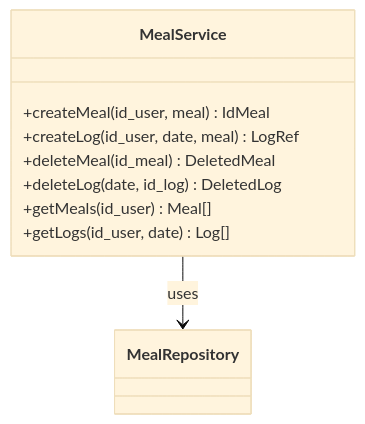
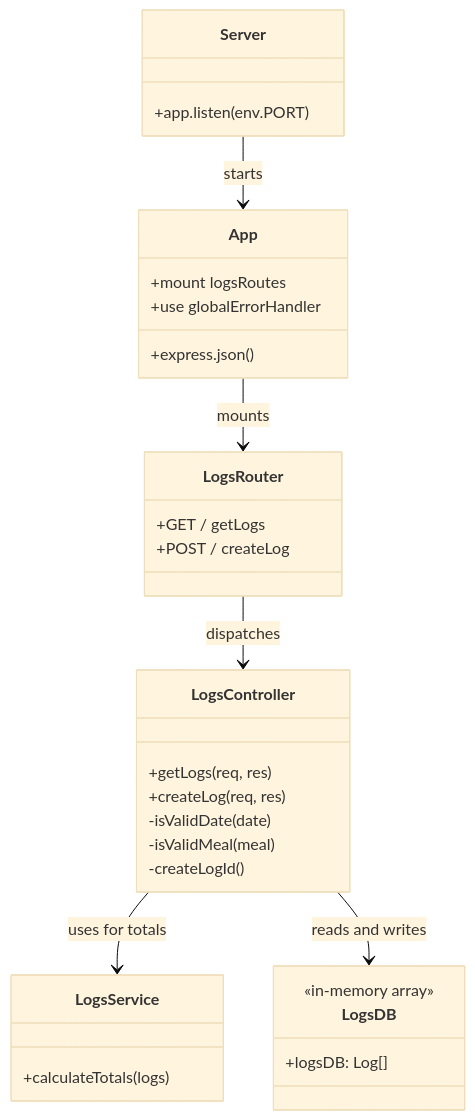
The seventh of 9 diagrams in README.md (git-jrm/tracker), drawn with Mermaid (base theme) before and after one commit. The commit also changed other lines of this file and 25 other files, not shown here.

````diff
--- a/README.md
+++ b/README.md
@@ -415,12 +426,34 @@
 ```mermaid
 classDiagram
-    class MealService {
-        +createMeal(id_user, meal) IdMeal
-        +createLog(id_user, date, meal) LogRef
-        +deleteMeal(id_meal) DeletedMeal
-        +deleteLog(date, id_log) DeletedLog
-        +getMeals(id_user) Meal[]
-        +getLogs(id_user, date) Log[]
+    class Server {
+        +app.listen(env.PORT)
     }
-    MealService --> MealRepository : uses
+    class App {
+        +express.json()
+        +mount logsRoutes
+        +use globalErrorHandler
+    }
+    class LogsRouter {
+        +GET / getLogs
+        +POST / createLog
+    }
+    class LogsController {
+        +getLogs(req, res)
+        +createLog(req, res)
+        -isValidDate(date)
+        -isValidMeal(meal)
+        -createLogId()
+    }
+    class LogsService {
+        +calculateTotals(logs)
+    }
+    class LogsDB {
+        <<in-memory array>>
+      +logsDB: Log[]
+    }
+    Server --> App : starts
+    App --> LogsRouter : mounts
+    LogsRouter --> LogsController : dispatches
+    LogsController --> LogsService : uses for totals
+    LogsController --> LogsDB : reads and writes
 ```
````
